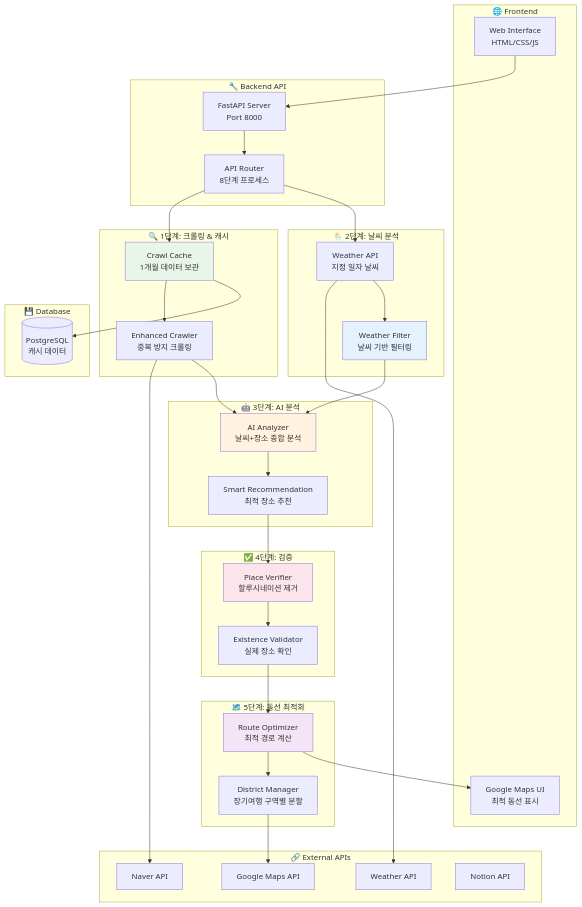
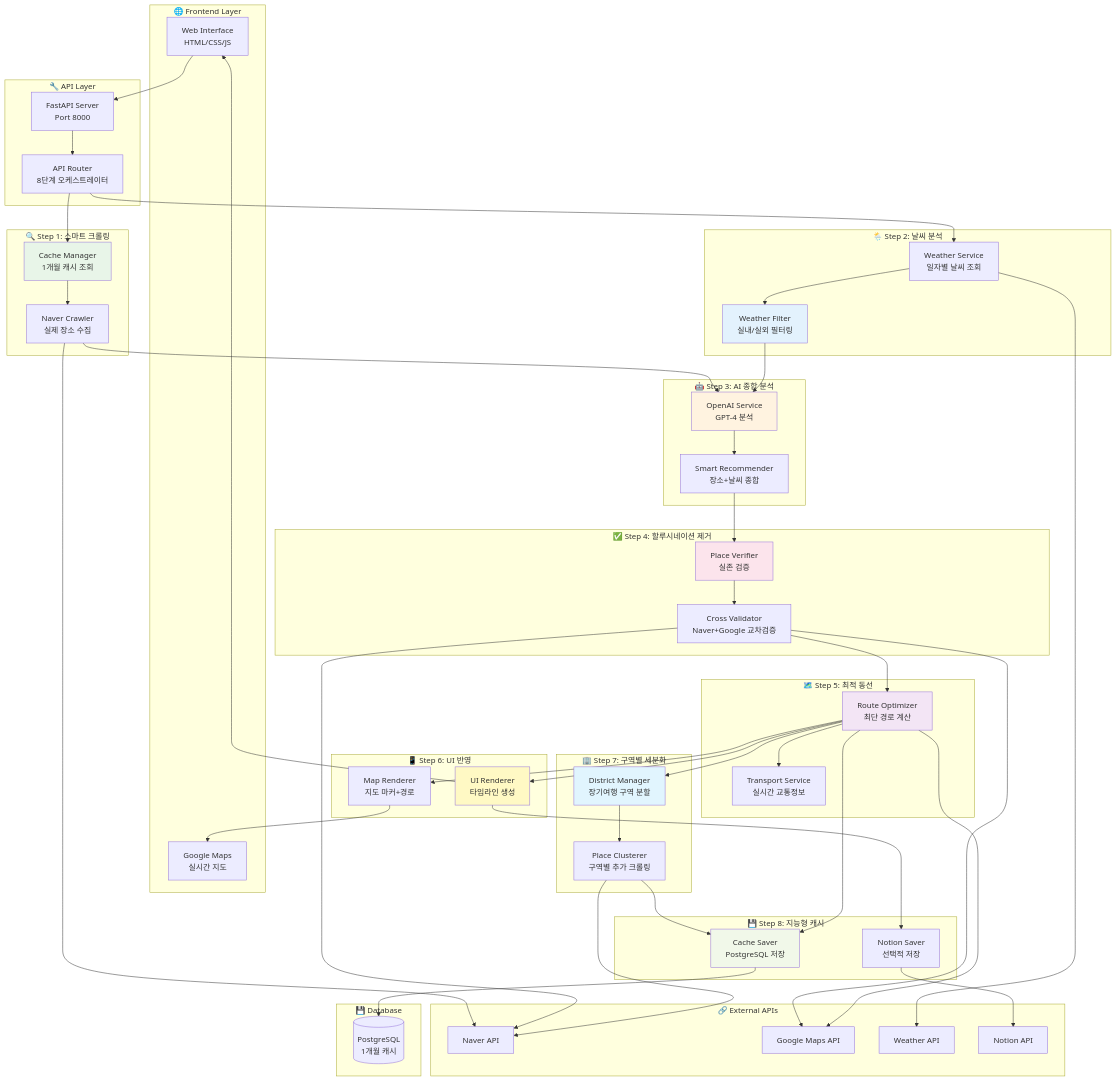
The first of 2 diagrams in README.MD (idle0403/travel-recommend-korea), drawn with Mermaid before and after one commit. The commit also changed other lines of this file and 1 other file, not shown here.

````diff
--- a/README.MD
+++ b/README.MD
@@ -11,38 +25,53 @@
 ```mermaid
 graph TB
-    subgraph "🌐 Frontend"
+    subgraph "🌐 Frontend Layer"
         UI[Web Interface<br/>HTML/CSS/JS]
-        MAP[Google Maps UI<br/>최적 동선 표시]
+        MAP[Google Maps<br/>실시간 지도]
     end
     
-    subgraph "🔧 Backend API"
+    subgraph "🔧 API Layer"
         FAST[FastAPI Server<br/>Port 8000]
-        ROUTER[API Router<br/>8단계 프로세스]
+        ROUTER[API Router<br/>8단계 오케스트레이터]
     end
     
-    subgraph "🔍 1단계: 크롤링 & 캐시"
-        CACHE[Crawl Cache<br/>1개월 데이터 보관]
-        CRAWLER[Enhanced Crawler<br/>중복 방지 크롤링]
+    subgraph "🔍 Step 1: 스마트 크롤링"
+        CACHE[Cache Manager<br/>1개월 캐시 조회]
+        CRAWLER[Naver Crawler<br/>실제 장소 수집]
     end
     
-    subgraph "🌦️ 2단계: 날씨 분석"
-        WEATHER_API[Weather API<br/>지정 일자 날씨]
-        WEATHER_FILTER[Weather Filter<br/>날씨 기반 필터링]
+    subgraph "🌦️ Step 2: 날씨 분석"
+        WEATHER_SVC[Weather Service<br/>일자별 날씨 조회]
+        WEATHER_FILTER[Weather Filter<br/>실내/실외 필터링]
     end
     
-    subgraph "🤖 3단계: AI 분석"
-        AI_ANALYZER[AI Analyzer<br/>날씨+장소 종합 분석]
-        RECOMMENDATION[Smart Recommendation<br/>최적 장소 추천]
+    subgraph "🤖 Step 3: AI 종합 분석"
+        AI_SERVICE[OpenAI Service<br/>GPT-4 분석]
+        RECOMMENDATION[Smart Recommender<br/>장소+날씨 종합]
     end
     
-    subgraph "✅ 4단계: 검증"
-        VERIFIER[Place Verifier<br/>할루시네이션 제거]
-        VALIDATOR[Existence Validator<br/>실제 장소 확인]
+    subgraph "✅ Step 4: 할루시네이션 제거"
+        VERIFIER[Place Verifier<br/>실존 검증]
+        VALIDATOR[Cross Validator<br/>Naver+Google 교차검증]
     end
     
-    subgraph "🗺️ 5단계: 동선 최적화"
-        ROUTE_OPT[Route Optimizer<br/>최적 경로 계산]
-        DISTRICT[District Manager<br/>장기여행 구역별 분할]
+    subgraph "🗺️ Step 5: 최적 동선"
+        ROUTE_OPT[Route Optimizer<br/>최단 경로 계산]
+        TRANSPORT[Transport Service<br/>실시간 교통정보]
+    end
+    
+    subgraph "📱 Step 6: UI 반영"
+        UI_RENDERER[UI Renderer<br/>타임라인 생성]
+        MAP_RENDERER[Map Renderer<br/>지도 마커+경로]
+    end
+    
+    subgraph "🏢 Step 7: 구역별 세분화"
+        DISTRICT[District Manager<br/>장기여행 구역 분할]
+        CLUSTER[Place Clusterer<br/>구역별 추가 크롤링]
+    end
+    
+    subgraph "💾 Step 8: 지능형 캐시"
+        CACHE_SAVE[Cache Saver<br/>PostgreSQL 저장]
+        NOTION_SAVE[Notion Saver<br/>선택적 저장]
     end
     
     subgraph "🔗 External APIs"
@@ -53,37 +82,64 @@
     end
     
     subgraph "💾 Database"
-        POSTGRES[(PostgreSQL<br/>캐시 데이터)]
+        POSTGRES[(PostgreSQL<br/>1개월 캐시)]
     end
     
+    %% Flow connections
     UI --> FAST
     FAST --> ROUTER
     
+    %% Step 1
     ROUTER --> CACHE
     CACHE --> CRAWLER
     CRAWLER --> NAVER
     
-    ROUTER --> WEATHER_API
-    WEATHER_API --> WEATHER
-    WEATHER_API --> WEATHER_FILTER
+    %% Step 2
+    ROUTER --> WEATHER_SVC
+    WEATHER_SVC --> WEATHER
+    WEATHER_SVC --> WEATHER_FILTER
     
-    WEATHER_FILTER --> AI_ANALYZER
-    CRAWLER --> AI_ANALYZER
-    AI_ANALYZER --> RECOMMENDATION
+    %% Step 3
+    CRAWLER --> AI_SERVICE
+    WEATHER_FILTER --> AI_SERVICE
+    AI_SERVICE --> RECOMMENDATION
     
+    %% Step 4
     RECOMMENDATION --> VERIFIER
     VERIFIER --> VALIDATOR
+    VALIDATOR --> NAVER
+    VALIDATOR --> GMAPS
     
+    %% Step 5
     VALIDATOR --> ROUTE_OPT
+    ROUTE_OPT --> GMAPS
+    ROUTE_OPT --> TRANSPORT
+    
+    %% Step 6
+    ROUTE_OPT --> UI_RENDERER
+    ROUTE_OPT --> MAP_RENDERER
+    MAP_RENDERER --> MAP
+    UI_RENDERER --> UI
+    
+    %% Step 7
     ROUTE_OPT --> DISTRICT
-    DISTRICT --> GMAPS
+    DISTRICT --> CLUSTER
+    CLUSTER --> NAVER
     
-    CACHE --> POSTGRES
-    ROUTE_OPT --> MAP
+    %% Step 8
+    CLUSTER --> CACHE_SAVE
+    ROUTE_OPT --> CACHE_SAVE
+    CACHE_SAVE --> POSTGRES
+    UI_RENDERER --> NOTION_SAVE
+    NOTION_SAVE --> NOTION
     
+    %% Styling
     style CACHE fill:#e8f5e8
     style WEATHER_FILTER fill:#e3f2fd
-    style AI_ANALYZER fill:#fff3e0
+    style AI_SERVICE fill:#fff3e0
     style VERIFIER fill:#fce4ec
     style ROUTE_OPT fill:#f3e5f5
+    style UI_RENDERER fill:#fff9c4
+    style DISTRICT fill:#e1f5fe
+    style CACHE_SAVE fill:#f1f8e9
 ```
````
